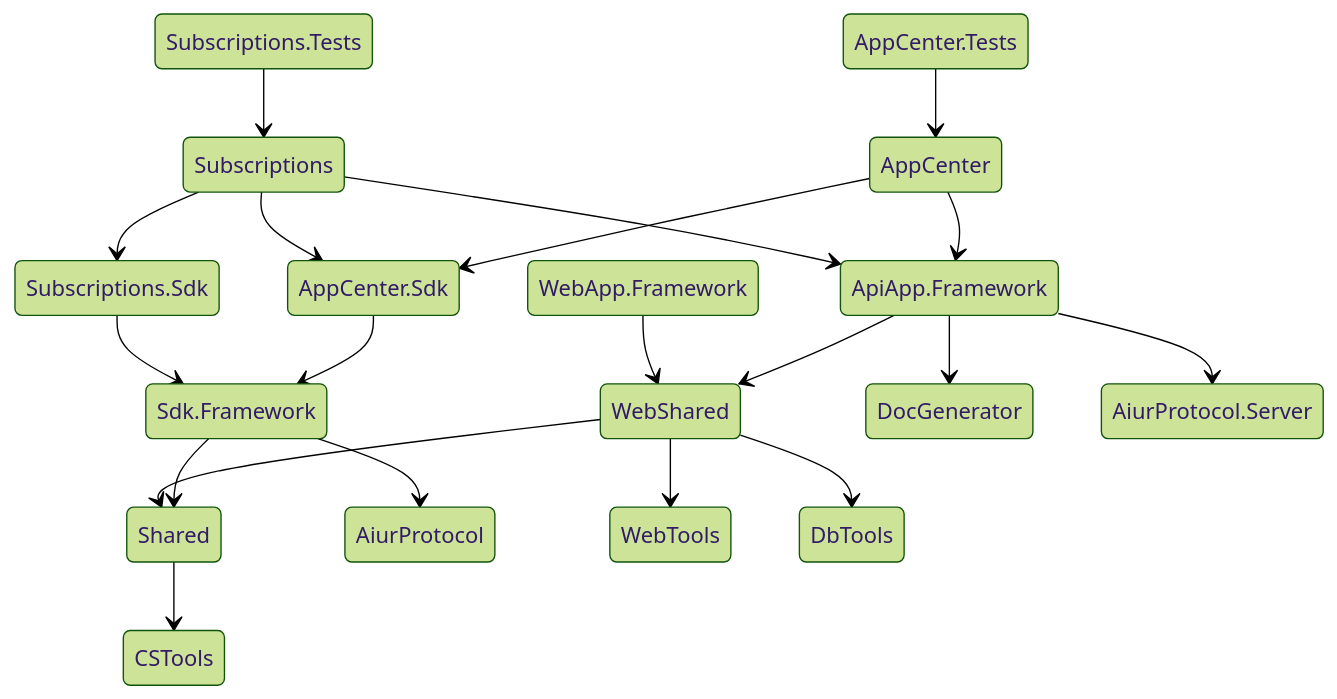
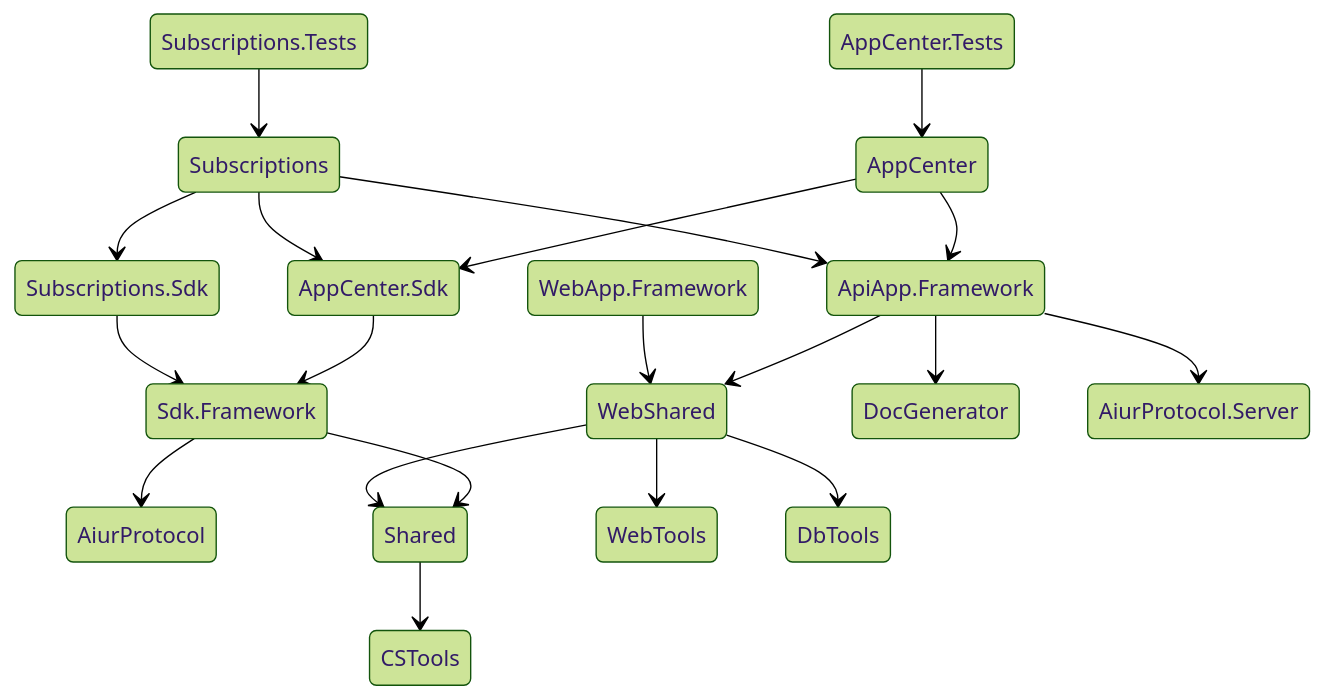
The second of 2 diagrams in docs/design/structure.md (AiursoftWeb/Infra), drawn with Mermaid (forest theme) before and after one commit. The commit also changed other lines of this file and 1 other file, not shown here.

````diff
--- a/docs/design/structure.md
+++ b/docs/design/structure.md
@@ -19,22 +19,22 @@
 ```mermaid
 stateDiagram-v2
+    Sdk.Framework --> AiurProtocol
+    Sdk.Framework --> Shared
     Shared --> CSTools
-    Sdk.Framework --> Shared
-    Sdk.Framework --> AiurProtocol
     ApiApp.Framework --> WebShared
     ApiApp.Framework --> DocGenerator
     ApiApp.Framework --> AiurProtocol.Server
     WebApp.Framework --> WebShared
     WebShared --> WebTools
     WebShared --> Shared
     WebShared --> DbTools
     AppCenter --> ApiApp.Framework
     AppCenter --> AppCenter.Sdk
     AppCenter.Tests --> AppCenter
     AppCenter.Sdk --> Sdk.Framework
     Subscriptions --> ApiApp.Framework
     Subscriptions --> AppCenter.Sdk
     Subscriptions --> Subscriptions.Sdk
     Subscriptions.Tests --> Subscriptions
     Subscriptions.Sdk --> Sdk.Framework
 ```
````
